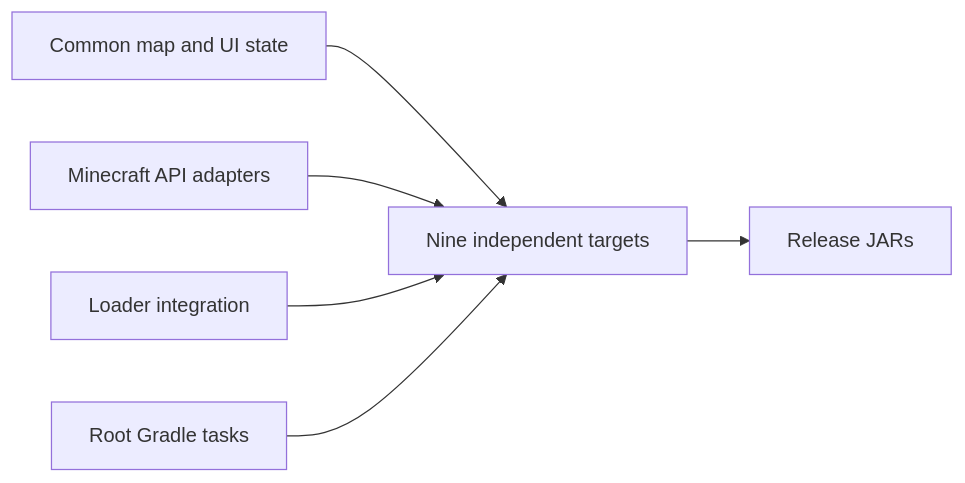
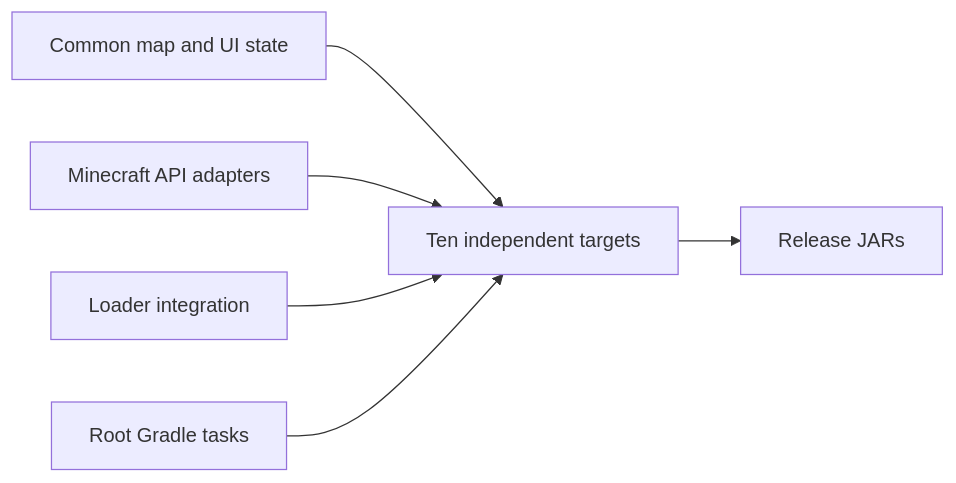
Before and after one commit to kltyton/XaeroWorldMapEarth: the diagram in README.md, drawn with Mermaid. The commit also changed other lines of this file and 40 other files, not shown here.

````diff
--- a/README.md
+++ b/README.md
@@ -72,8 +73,8 @@
 ```mermaid
 flowchart LR
-    Common[Common map and UI state] --> Targets[Nine independent targets]
+    Common[Common map and UI state] --> Targets[Ten independent targets]
     Versions[Minecraft API adapters] --> Targets
     Loaders[Loader integration] --> Targets
     Root[Root Gradle tasks] --> Targets
     Targets --> Jars[Release JARs]
 ```
````
